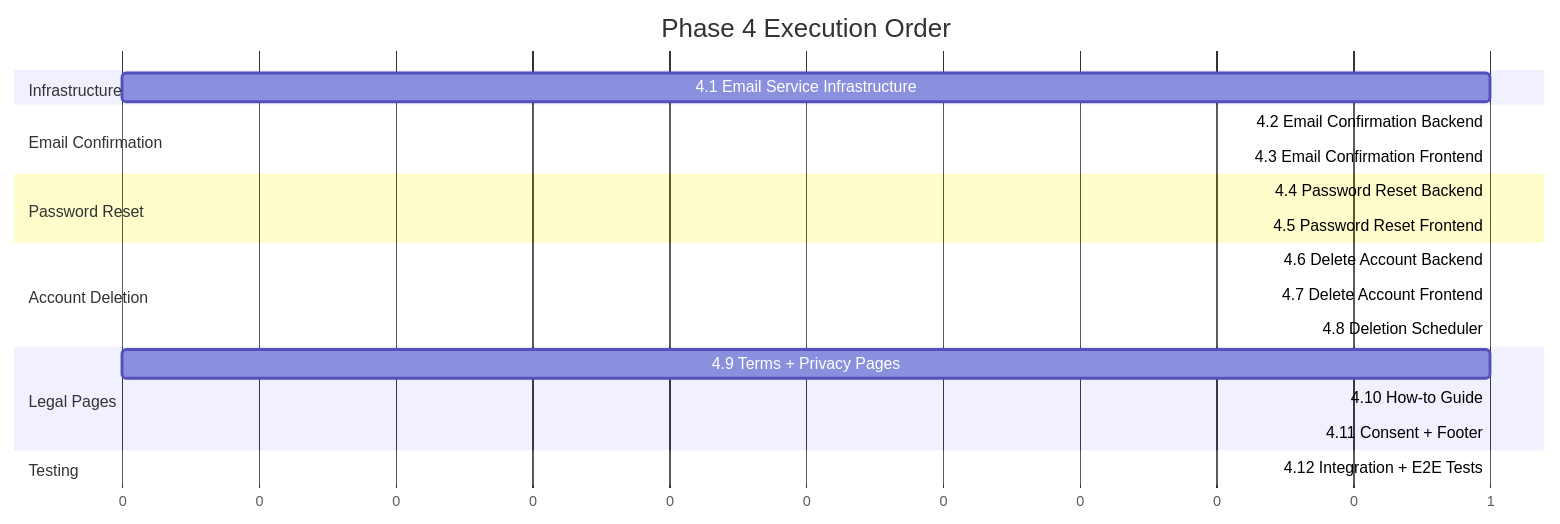
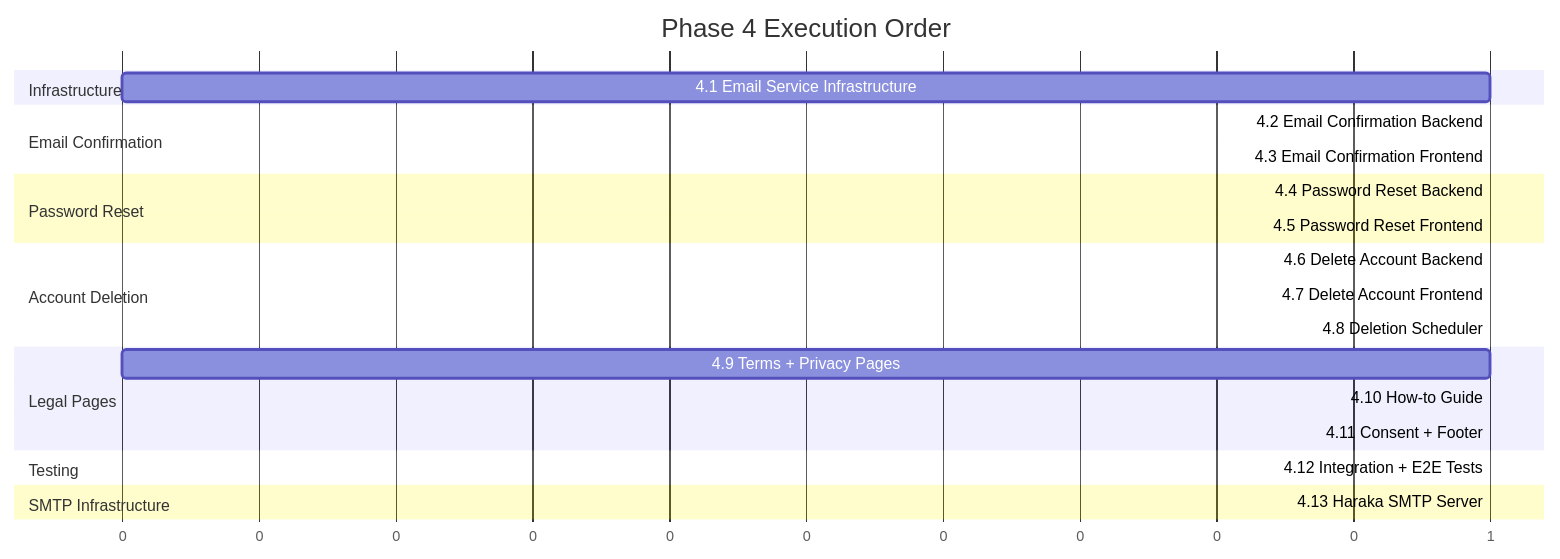
The second of 3 diagrams in docs/phase-4-design.md (Aleksei-Michnik/myfinpro), drawn with Mermaid before and after one commit. The commit also changed other lines of this file and 2 other files, not shown here.

First line of the commit message:
docs: add iteration 4.13 (Haraka SMTP Infrastructure) to Phase 4 plan

````diff
--- a/docs/phase-4-design.md
+++ b/docs/phase-4-design.md
@@ -1269,30 +1269,33 @@
 ```mermaid
 gantt
     title Phase 4 Execution Order
     dateFormat X
     axisFormat %s
 
     section Infrastructure
     4.1 Email Service Infrastructure :i1, 0, 1
 
     section Email Confirmation
     4.2 Email Confirmation Backend :i2, after i1, 1
     4.3 Email Confirmation Frontend :i3, after i2, 1
 
     section Password Reset
     4.4 Password Reset Backend :i4, after i1, 1
     4.5 Password Reset Frontend :i5, after i4, 1
 
     section Account Deletion
     4.6 Delete Account Backend :i6, after i1, 1
     4.7 Delete Account Frontend :i7, after i6, 1
     4.8 Deletion Scheduler :i8, after i6, 1
 
     section Legal Pages
     4.9 Terms + Privacy Pages :i9, 0, 1
     4.10 How-to Guide :i10, after i9, 1
     4.11 Consent + Footer :i11, after i9, 1
 
     section Testing
     4.12 Integration + E2E Tests :i12, after i8, 1
+
+    section SMTP Infrastructure
+    4.13 Haraka SMTP Server :i13, after i12, 1
 ```
````
